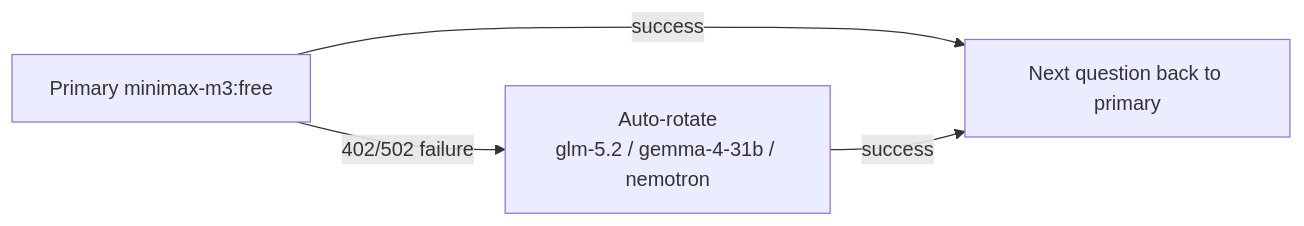
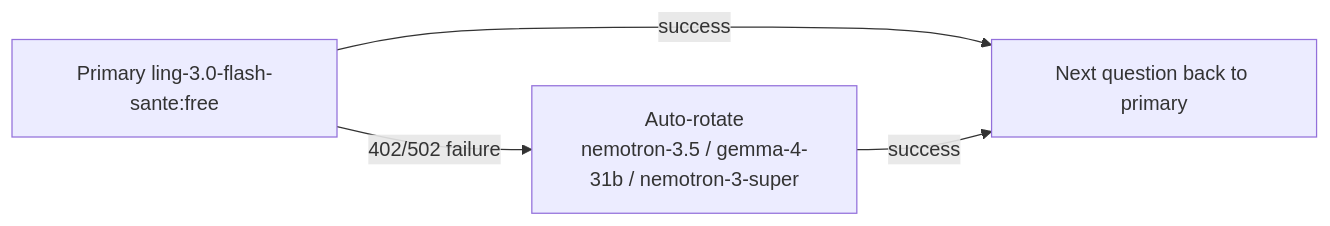
One commit to nlpcvvoice/insurance-rag-agent changed the second of 2 diagrams in DECISIONS.md. Above: the diagram before and after it, drawn with Mermaid. The commit also changed other lines of this file and 3 other files, not shown here.

````diff
--- a/DECISIONS.md
+++ b/DECISIONS.md
@@ -58,6 +58,6 @@
 ```mermaid
 flowchart LR
-    P["Primary minimax-m3:free"] -->|"402/502 failure"| R["Auto-rotate<br/>glm-5.2 / gemma-4-31b / nemotron"]
+    P["Primary ling-3.0-flash-sante:free"] -->|"402/502 failure"| R["Auto-rotate<br/>nemotron-3.5 / gemma-4-31b / nemotron-3-super"]
     P -->|"success"| N["Next question back to primary"]
     R -->|"success"| N
 ```
````
